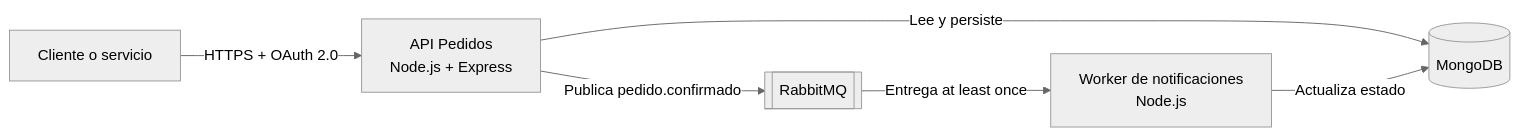
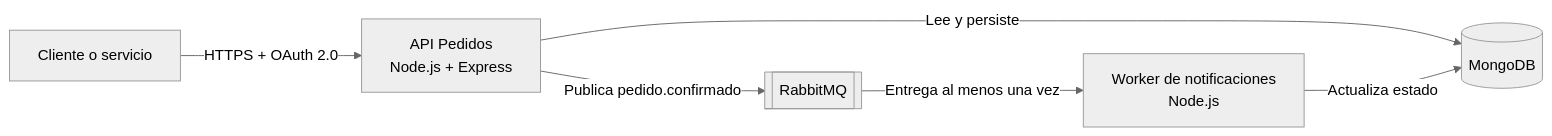
The diagram in recursos/tpi/arquitectura-c4.md (utn-frc-iaew/iaew-2026-ecommerce-api), drawn with Mermaid (neutral theme) before and after one commit. The commit also changed 3 other files, not shown here.

````diff
--- a/recursos/tpi/arquitectura-c4.md
+++ b/recursos/tpi/arquitectura-c4.md
@@ -3,8 +3,8 @@
 ```mermaid
 flowchart LR
   cliente[Cliente o servicio] -->|HTTPS + OAuth 2.0| api[API Pedidos\nNode.js + Express]
   api -->|Lee y persiste| mongo[(MongoDB)]
   api -->|Publica pedido.confirmado| rabbit[[RabbitMQ]]
-  rabbit -->|Entrega at least once| worker[Worker de notificaciones\nNode.js]
+  rabbit -->|Entrega al menos una vez| worker[Worker de notificaciones\nNode.js]
   worker -->|Actualiza estado| mongo
 ```
````
